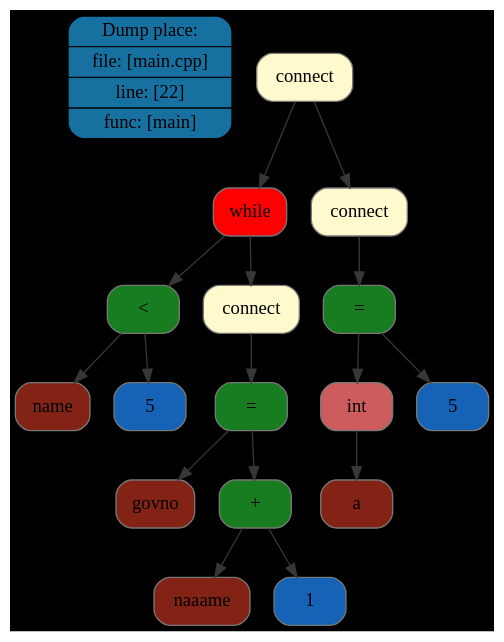
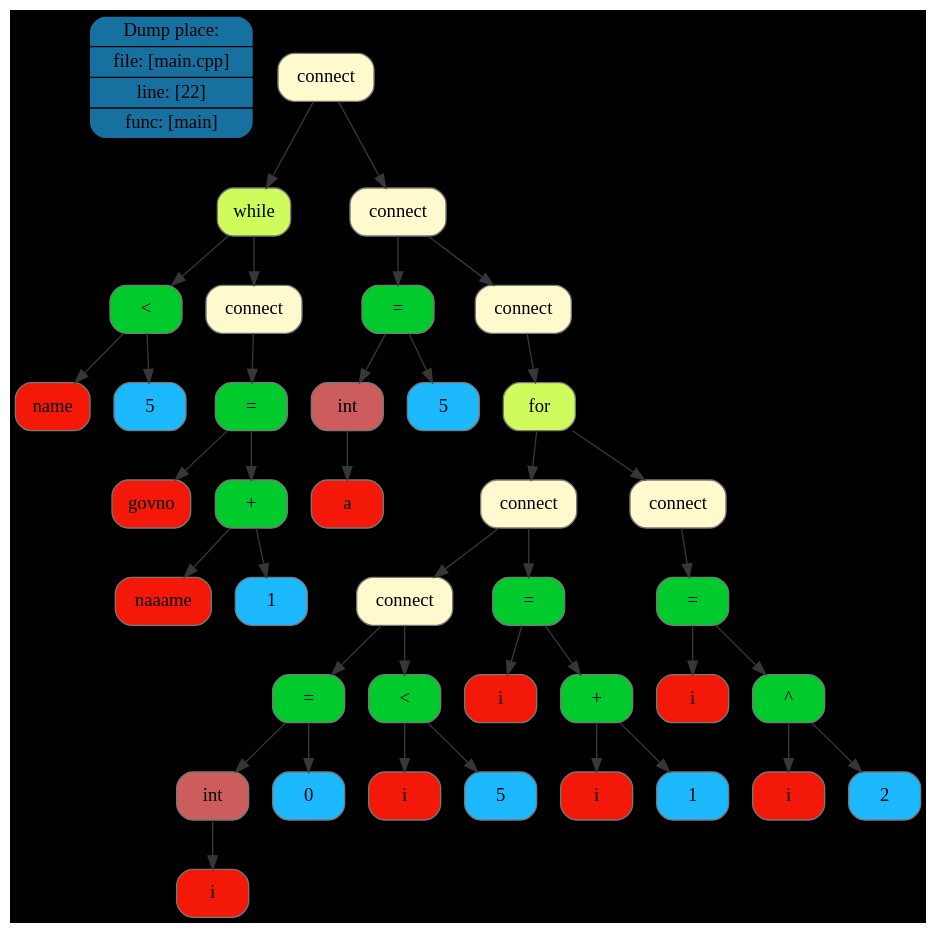
The diagram in FrontEnd/dot/tree/dot/tree1.dot (Maksim-Sebelev/Language), drawn with Graphviz before and after one commit. The commit also changed 19 other files, not shown here.

```diff
--- a/FrontEnd/dot/tree/dot/tree1.dot
+++ b/FrontEnd/dot/tree/dot/tree1.dot
@@ -1,37 +1,81 @@
 digraph G{
 rankdir=TB
 graph [bgcolor="#000000"];
 place[shape=Mrecord, style=filled, fillcolor="#1771a0", pos="0,1!",label = " { Dump place: | file: [main.cpp] | line: [22] | func: [main] } "color = "#000000"];
-node0x507000000720[shape=Mrecord, style=filled, fillcolor="#FFFACD"label = "connect", color = "#777777"];
-node0x507000000480[shape=Mrecord, style=filled, fillcolor="red"label = "while", color = "#777777"];
-node0x507000000170[shape=Mrecord, style=filled, fillcolor="#177d20"label = "\<", color = "#777777"];
-node0x507000000090[shape=Mrecord, style=filled, fillcolor="#832316"label = "name", color = "#777777"];
-node0x507000000100[shape=Mrecord, style=filled, fillcolor="#1662b7"label = "5", color = "#777777"];
+node0x5070000010c0[shape=Mrecord, style=filled, fillcolor="#FFFACD"label = "connect", color = "#777777"];
+node0x507000000480[shape=Mrecord, style=filled, fillcolor="#CFFC5C"label = "while", color = "#777777"];
+node0x507000000170[shape=Mrecord, style=filled, fillcolor="#00ca2c"label = "\<", color = "#777777"];
+node0x507000000090[shape=Mrecord, style=filled, fillcolor="#f31807"label = "name", color = "#777777"];
+node0x507000000100[shape=Mrecord, style=filled, fillcolor="#1cb9ff"label = "5", color = "#777777"];
 node0x507000000410[shape=Mrecord, style=filled, fillcolor="#FFFACD"label = "connect", color = "#777777"];
-node0x5070000003a0[shape=Mrecord, style=filled, fillcolor="#177d20"label = "\=", color = "#777777"];
-node0x5070000001e0[shape=Mrecord, style=filled, fillcolor="#832316"label = "govno", color = "#777777"];
-node0x507000000330[shape=Mrecord, style=filled, fillcolor="#177d20"label = "\+", color = "#777777"];
-node0x507000000250[shape=Mrecord, style=filled, fillcolor="#832316"label = "naaame", color = "#777777"];
-node0x5070000002c0[shape=Mrecord, style=filled, fillcolor="#1662b7"label = "1", color = "#777777"];
-node0x5070000006b0[shape=Mrecord, style=filled, fillcolor="#FFFACD"label = "connect", color = "#777777"];
-node0x507000000640[shape=Mrecord, style=filled, fillcolor="#177d20"label = "\=", color = "#777777"];
+node0x5070000003a0[shape=Mrecord, style=filled, fillcolor="#00ca2c"label = "\=", color = "#777777"];
+node0x5070000001e0[shape=Mrecord, style=filled, fillcolor="#f31807"label = "govno", color = "#777777"];
+node0x507000000330[shape=Mrecord, style=filled, fillcolor="#00ca2c"label = "\+", color = "#777777"];
+node0x507000000250[shape=Mrecord, style=filled, fillcolor="#f31807"label = "naaame", color = "#777777"];
+node0x5070000002c0[shape=Mrecord, style=filled, fillcolor="#1cb9ff"label = "1", color = "#777777"];
+node0x507000001050[shape=Mrecord, style=filled, fillcolor="#FFFACD"label = "connect", color = "#777777"];
+node0x507000000640[shape=Mrecord, style=filled, fillcolor="#00ca2c"label = "\=", color = "#777777"];
 node0x5070000004f0[shape=Mrecord, style=filled, fillcolor="#CD5C5C"label = "int", color = "#777777"];
-node0x507000000560[shape=Mrecord, style=filled, fillcolor="#832316"label = "a", color = "#777777"];
-node0x5070000005d0[shape=Mrecord, style=filled, fillcolor="#1662b7"label = "5", color = "#777777"];
+node0x507000000560[shape=Mrecord, style=filled, fillcolor="#f31807"label = "a", color = "#777777"];
+node0x5070000005d0[shape=Mrecord, style=filled, fillcolor="#1cb9ff"label = "5", color = "#777777"];
+node0x507000000fe0[shape=Mrecord, style=filled, fillcolor="#FFFACD"label = "connect", color = "#777777"];
+node0x507000000f70[shape=Mrecord, style=filled, fillcolor="#CFFC5C"label = "for", color = "#777777"];
+node0x507000000f00[shape=Mrecord, style=filled, fillcolor="#FFFACD"label = "connect", color = "#777777"];
+node0x507000000e90[shape=Mrecord, style=filled, fillcolor="#FFFACD"label = "connect", color = "#777777"];
+node0x507000000800[shape=Mrecord, style=filled, fillcolor="#00ca2c"label = "\=", color = "#777777"];
+node0x5070000006b0[shape=Mrecord, style=filled, fillcolor="#CD5C5C"label = "int", color = "#777777"];
+node0x507000000720[shape=Mrecord, style=filled, fillcolor="#f31807"label = "i", color = "#777777"];
+node0x507000000790[shape=Mrecord, style=filled, fillcolor="#1cb9ff"label = "0", color = "#777777"];
+node0x507000000950[shape=Mrecord, style=filled, fillcolor="#00ca2c"label = "\<", color = "#777777"];
+node0x507000000870[shape=Mrecord, style=filled, fillcolor="#f31807"label = "i", color = "#777777"];
+node0x5070000008e0[shape=Mrecord, style=filled, fillcolor="#1cb9ff"label = "5", color = "#777777"];
+node0x507000000b80[shape=Mrecord, style=filled, fillcolor="#00ca2c"label = "\=", color = "#777777"];
+node0x5070000009c0[shape=Mrecord, style=filled, fillcolor="#f31807"label = "i", color = "#777777"];
+node0x507000000b10[shape=Mrecord, style=filled, fillcolor="#00ca2c"label = "\+", color = "#777777"];
+node0x507000000a30[shape=Mrecord, style=filled, fillcolor="#f31807"label = "i", color = "#777777"];
+node0x507000000aa0[shape=Mrecord, style=filled, fillcolor="#1cb9ff"label = "1", color = "#777777"];
+node0x507000000e20[shape=Mrecord, style=filled, fillcolor="#FFFACD"label = "connect", color = "#777777"];
+node0x507000000db0[shape=Mrecord, style=filled, fillcolor="#00ca2c"label = "\=", color = "#777777"];
+node0x507000000bf0[shape=Mrecord, style=filled, fillcolor="#f31807"label = "i", color = "#777777"];
+node0x507000000d40[shape=Mrecord, style=filled, fillcolor="#00ca2c"label = "\^", color = "#777777"];
+node0x507000000c60[shape=Mrecord, style=filled, fillcolor="#f31807"label = "i", color = "#777777"];
+node0x507000000cd0[shape=Mrecord, style=filled, fillcolor="#1cb9ff"label = "2", color = "#777777"];
 edge[color="#373737"];
-node0x507000000720->node0x507000000480;
+node0x5070000010c0->node0x507000000480;
 node0x507000000480->node0x507000000170;
 node0x507000000170->node0x507000000090;
 node0x507000000170->node0x507000000100;
 node0x507000000480->node0x507000000410;
 node0x507000000410->node0x5070000003a0;
 node0x5070000003a0->node0x5070000001e0;
 node0x5070000003a0->node0x507000000330;
 node0x507000000330->node0x507000000250;
 node0x507000000330->node0x5070000002c0;
-node0x507000000720->node0x5070000006b0;
-node0x5070000006b0->node0x507000000640;
+node0x5070000010c0->node0x507000001050;
+node0x507000001050->node0x507000000640;
 node0x507000000640->node0x5070000004f0;
 node0x5070000004f0->node0x507000000560;
 node0x507000000640->node0x5070000005d0;
+node0x507000001050->node0x507000000fe0;
+node0x507000000fe0->node0x507000000f70;
+node0x507000000f70->node0x507000000f00;
+node0x507000000f00->node0x507000000e90;
+node0x507000000e90->node0x507000000800;
+node0x507000000800->node0x5070000006b0;
+node0x5070000006b0->node0x507000000720;
+node0x507000000800->node0x507000000790;
+node0x507000000e90->node0x507000000950;
+node0x507000000950->node0x507000000870;
+node0x507000000950->node0x5070000008e0;
+node0x507000000f00->node0x507000000b80;
+node0x507000000b80->node0x5070000009c0;
+node0x507000000b80->node0x507000000b10;
+node0x507000000b10->node0x507000000a30;
+node0x507000000b10->node0x507000000aa0;
+node0x507000000f70->node0x507000000e20;
+node0x507000000e20->node0x507000000db0;
+node0x507000000db0->node0x507000000bf0;
+node0x507000000db0->node0x507000000d40;
+node0x507000000d40->node0x507000000c60;
+node0x507000000d40->node0x507000000cd0;
 }
```
